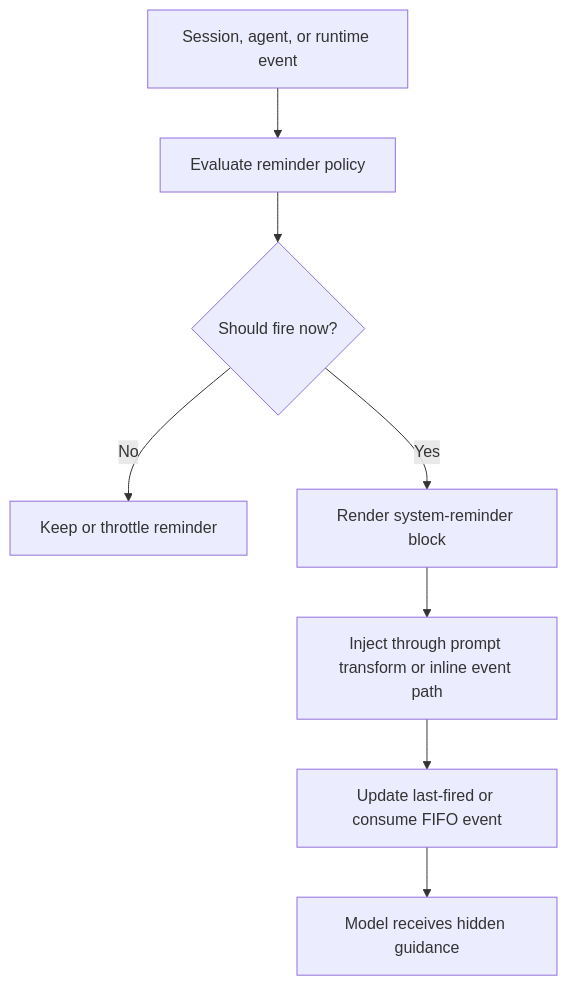
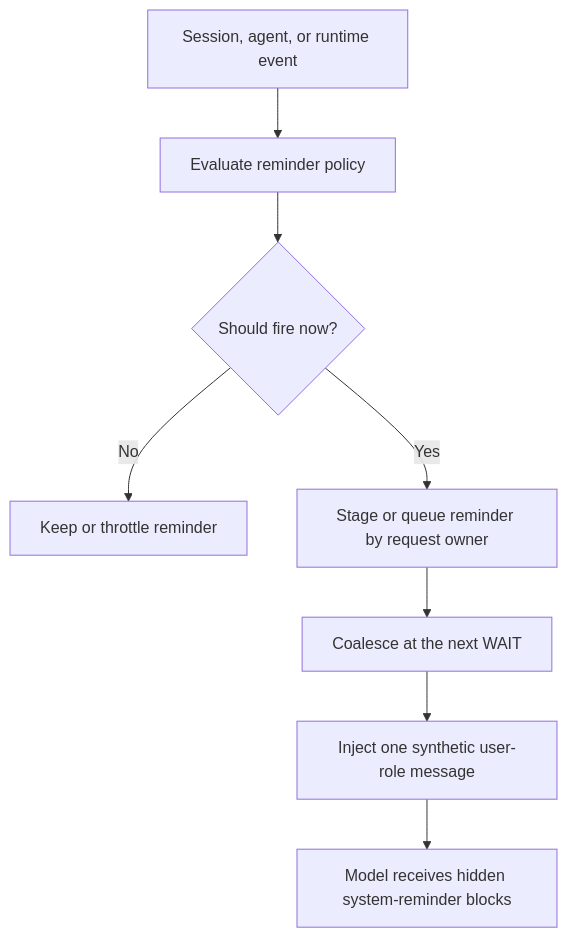
Before and after one commit to FrauH0lle/mevedel: the diagram in docs/reminders.md, drawn with Mermaid. The commit also changed other lines of this file and 13 other files, not shown here.

````diff
--- a/docs/reminders.md
+++ b/docs/reminders.md
@@ -17,10 +17,10 @@
 ```mermaid
 flowchart TD
     A[Session, agent, or runtime event] --> B[Evaluate reminder policy]
     B --> C{Should fire now?}
     C -- No --> D[Keep or throttle reminder]
-    C -- Yes --> E[Render system-reminder block]
-    E --> F[Inject through prompt transform or inline event path]
-    F --> G[Update last-fired or consume FIFO event]
-    G --> H[Model receives hidden guidance]
+    C -- Yes --> E[Stage or queue reminder by request owner]
+    E --> F[Coalesce at the next WAIT]
+    F --> G[Inject one synthetic user-role message]
+    G --> H[Model receives hidden system-reminder blocks]
 ```
````
